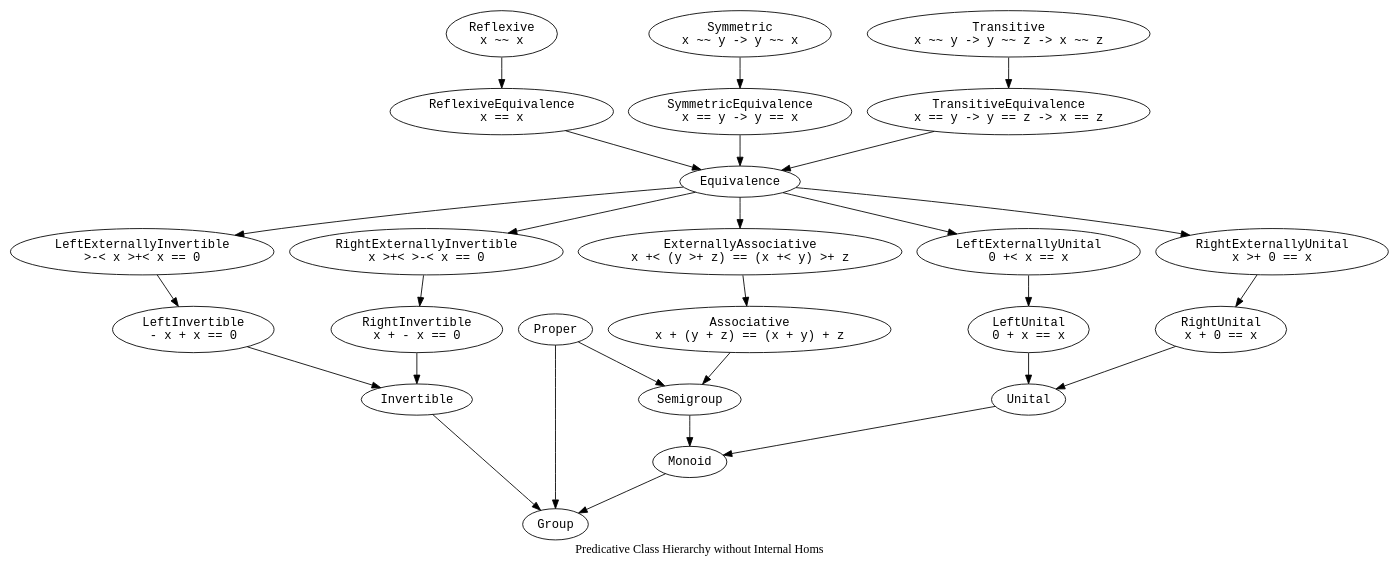
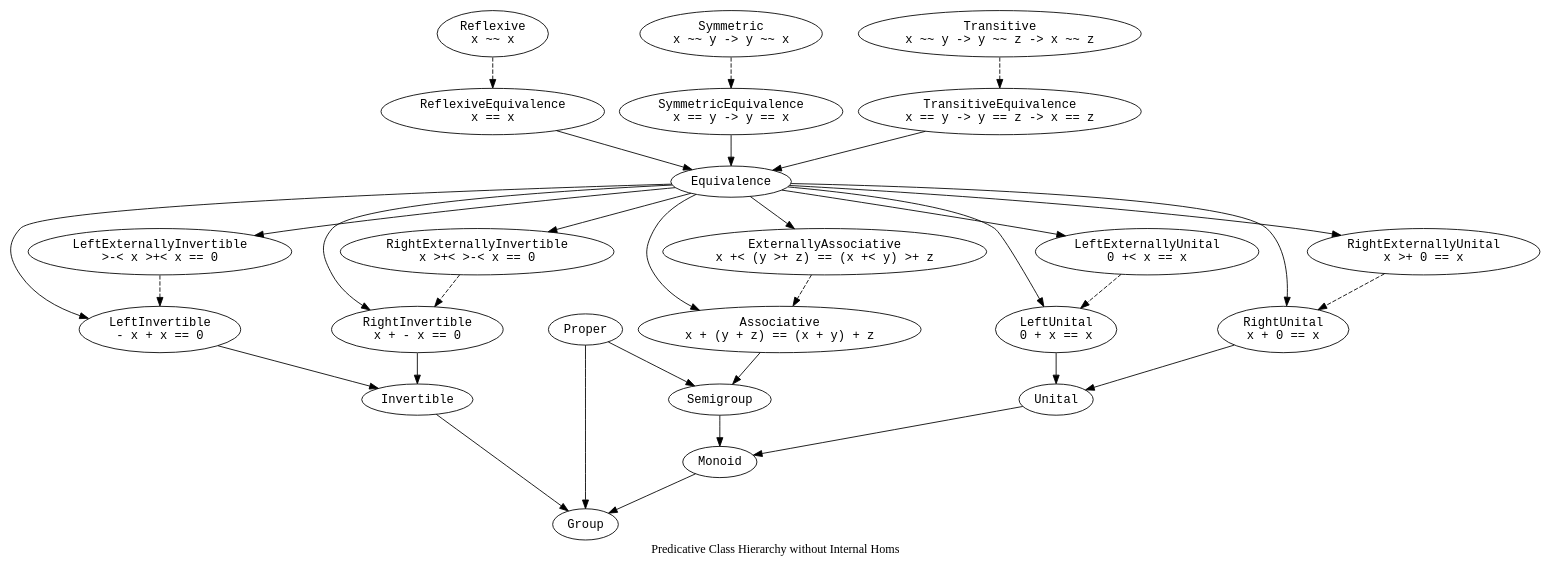
Before and after one commit to Tuplanolla/dez: the diagram in prototype/theories/is.dot, drawn with Graphviz. The commit also changed 2 other files, not shown here.

Commit message:
Update diagram harder.

```diff
--- a/prototype/theories/is.dot
+++ b/prototype/theories/is.dot
@@ -1,57 +1,67 @@
 digraph Is {
   label = "Predicative Class Hierarchy without Internal Homs"
 
   node [fontname = monospace]
 
   Assoc [label = "Associative\nx + (y + z) == (x + y) + z"]
   Eq [label = "Equivalence"]
   ExtAssoc [label = "ExternallyAssociative\nx +< (y >+ z) == (x +< y) >+ z"]
   Grp [label = "Group"]
   Inv [label = "Invertible"]
   LExtInv [label = "LeftExternallyInvertible\n>-< x >+< x == 0"]
   LExtUn [label = "LeftExternallyUnital\n0 +< x == x"]
   LInv [label = "LeftInvertible\n- x + x == 0"]
   LUn [label = "LeftUnital\n0 + x == x"]
   Mon [label = "Monoid"]
   Proper [label = "Proper"]
   RExtInv [label = "RightExternallyInvertible\nx >+< >-< x == 0"]
   RExtUn [label = "RightExternallyUnital\nx >+ 0 == x"]
   RInv [label = "RightInvertible\nx + - x == 0"]
   RUn [label = "RightUnital\nx + 0 == x"]
   Refl [label = "Reflexive\nx ~~ x"]
   ReflEq [label = "ReflexiveEquivalence\nx == x"]
   SGrp [label = "Semigroup"]
   Sym [label = "Symmetric\nx ~~ y -> y ~~ x"]
   SymEq [label = "SymmetricEquivalence\nx == y -> y == x"]
   Trans [label = "Transitive\nx ~~ y -> y ~~ z -> x ~~ z"]
   TransEq [label = "TransitiveEquivalence\nx == y -> y == z -> x == z"]
   Un [label = "Unital"]
 
+  edge [style = solid]
+
   Assoc -> SGrp
+  Eq -> Assoc
   Eq -> ExtAssoc
   Eq -> LExtInv
   Eq -> LExtUn
+  Eq -> LInv
+  Eq -> LUn
   Eq -> RExtInv
   Eq -> RExtUn
-  ExtAssoc -> Assoc
+  Eq -> RInv
+  Eq -> RUn
   Inv -> Grp
-  LExtInv -> LInv
-  LExtUn -> LUn
   LInv -> Inv
   LUn -> Un
   Mon -> Grp
   Proper -> Grp
   Proper -> SGrp
+  RInv -> Inv
+  RUn -> Un
+  ReflEq -> Eq
+  SGrp -> Mon
+  SymEq -> Eq
+  TransEq -> Eq
+  Un -> Mon
+
+  edge [style = dashed]
+
+  ExtAssoc -> Assoc
+  LExtInv -> LInv
+  LExtUn -> LUn
   RExtInv -> RInv
   RExtUn -> RUn
-  RInv -> Inv
-  RUn -> Un
   Refl -> ReflEq
-  ReflEq -> Eq
-  SGrp -> Mon
   Sym -> SymEq
-  SymEq -> Eq
   Trans -> TransEq
-  TransEq -> Eq
-  Un -> Mon
 }
```
